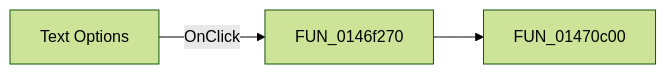
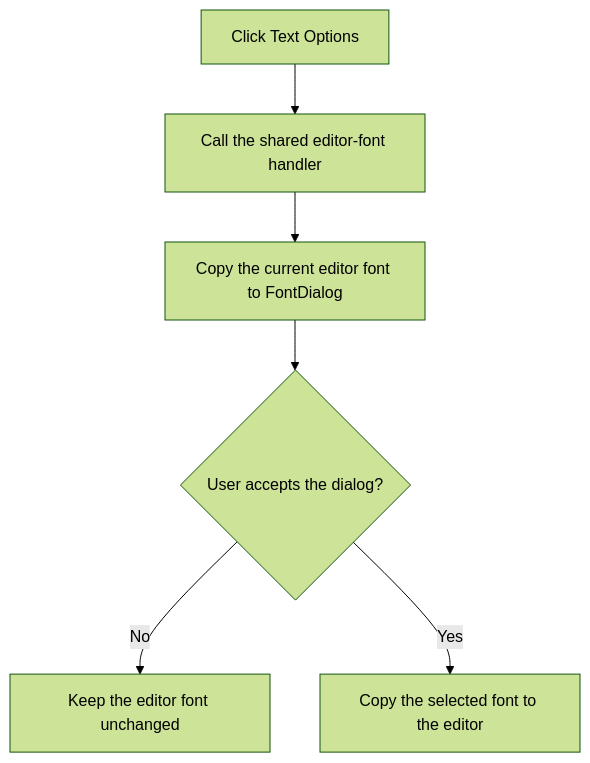
Before and after one commit to MovGP0/TIARA: the diagram in docs/ui-controls/pymainform/mntextoptions-6b7fd69bf8.md, drawn with Mermaid (forest theme). The commit also changed other lines of this file and 1062 other files, not shown here.

````diff
--- a/docs/ui-controls/pymainform/mntextoptions-6b7fd69bf8.md
+++ b/docs/ui-controls/pymainform/mntextoptions-6b7fd69bf8.md
@@ -27,5 +29,8 @@
 ```mermaid
-flowchart LR
-    control["Text Options"] -->|OnClick| handler["FUN_0146f270"]
-    handler --> call1["FUN_01470c00"]
+flowchart TD
+    control["Click Text Options"] --> shared["Call the shared editor-font handler"]
+    shared --> seed["Copy the current editor font to FontDialog"]
+    seed --> accepted{"User accepts the dialog?"}
+    accepted -->|No| noAction["Keep the editor font unchanged"]
+    accepted -->|Yes| apply["Copy the selected font to the editor"]
 ```
````
